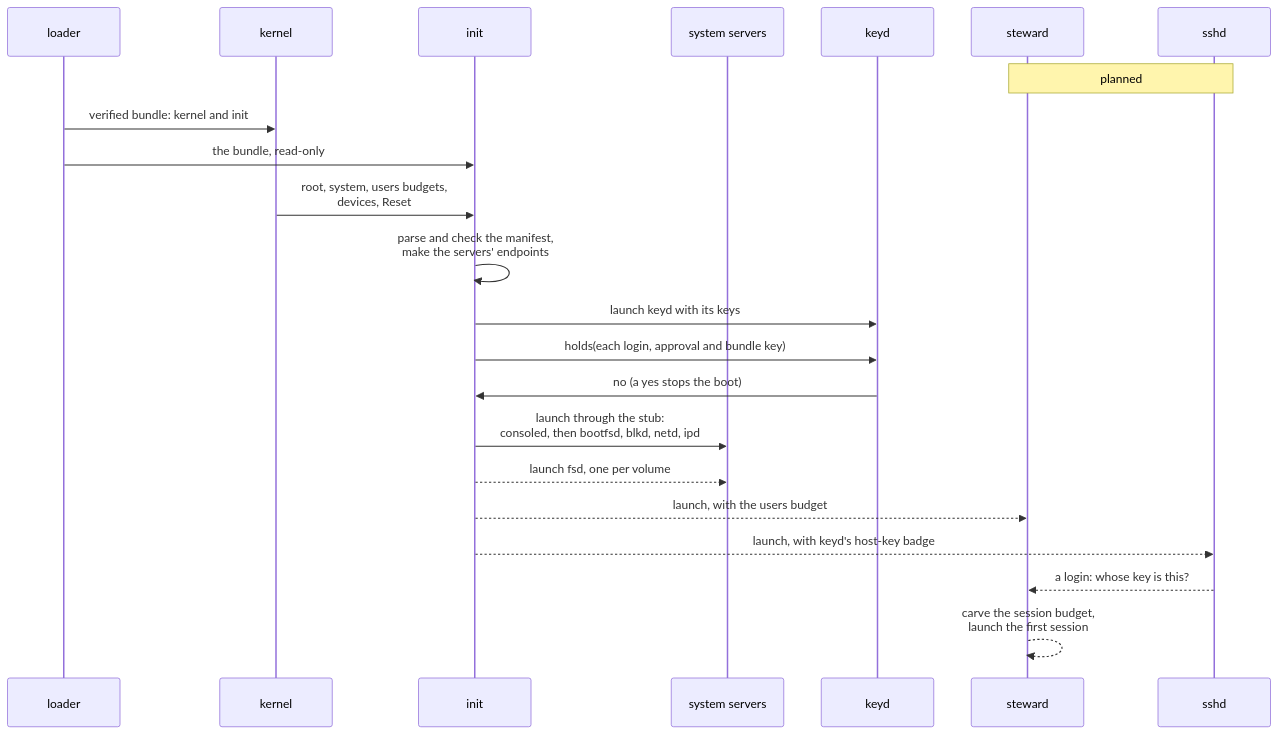
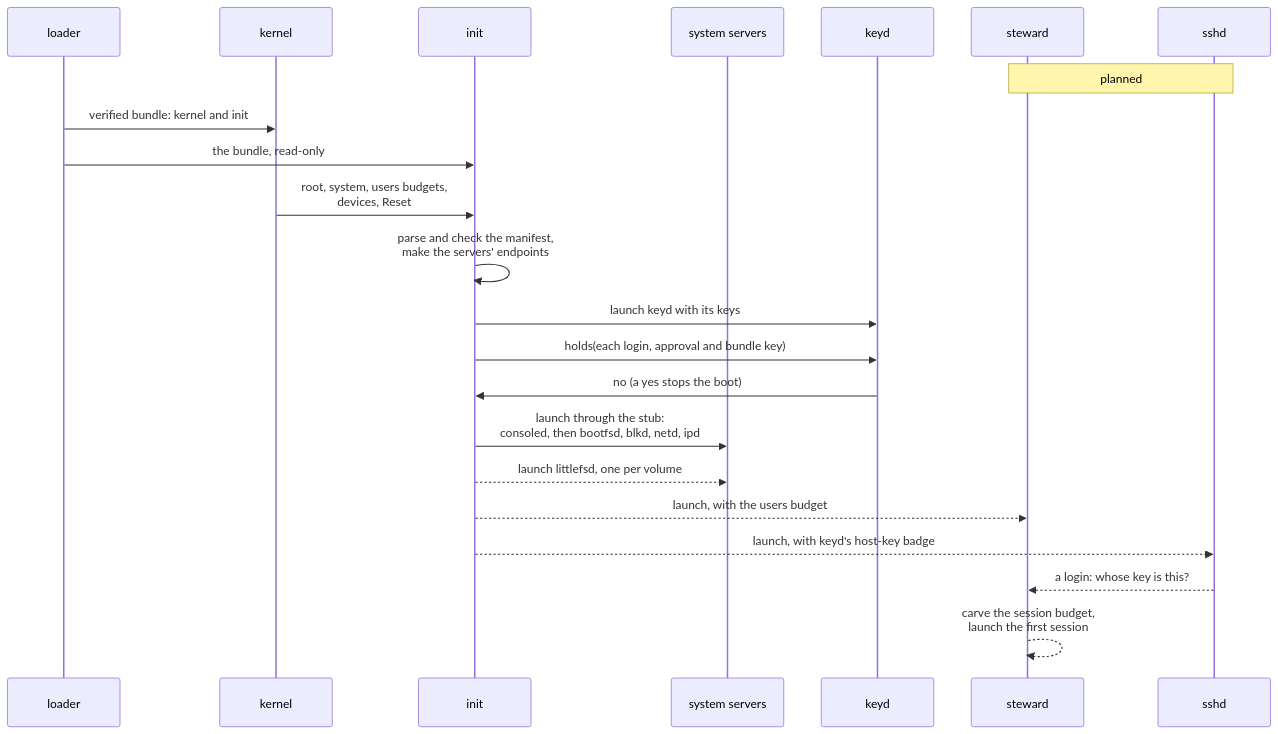
Before and after one commit to sirmick/redoubt: the first of 2 diagrams in docs/servers/init.md, drawn with Mermaid. The commit also changed other lines of this file and 25 other files, not shown here.

````diff
--- a/docs/servers/init.md
+++ b/docs/servers/init.md
@@ -300,24 +300,24 @@
 ```mermaid
 sequenceDiagram
     participant L as loader
     participant K as kernel
     participant I as init
     participant S as system servers
     participant KD as keyd
     participant ST as steward
     participant SH as sshd
     Note over ST,SH: planned
     L->>K: verified bundle: kernel and init
     L->>I: the bundle, read-only
     K->>I: root, system, users budgets,<br/>devices, Reset
     I->>I: parse and check the manifest,<br/>make the servers' endpoints
     I->>KD: launch keyd with its keys
     I->>KD: holds(each login, approval and bundle key)
     KD->>I: no (a yes stops the boot)
     I->>S: launch through the stub:<br/>consoled, then bootfsd, blkd, netd, ipd
-    I-->>S: launch fsd, one per volume
+    I-->>S: launch littlefsd, one per volume
     I-->>ST: launch, with the users budget
     I-->>SH: launch, with keyd's host-key badge
     SH-->>ST: a login: whose key is this?
     ST-->>ST: carve the session budget,<br/>launch the first session
 ```
````
